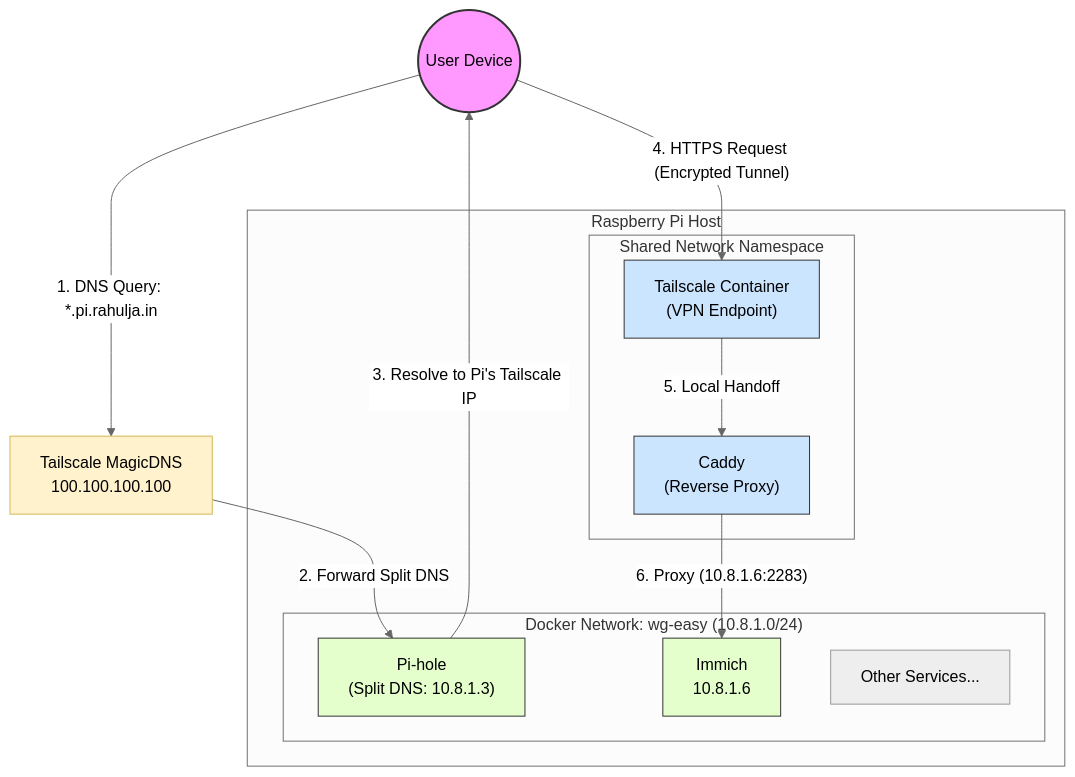
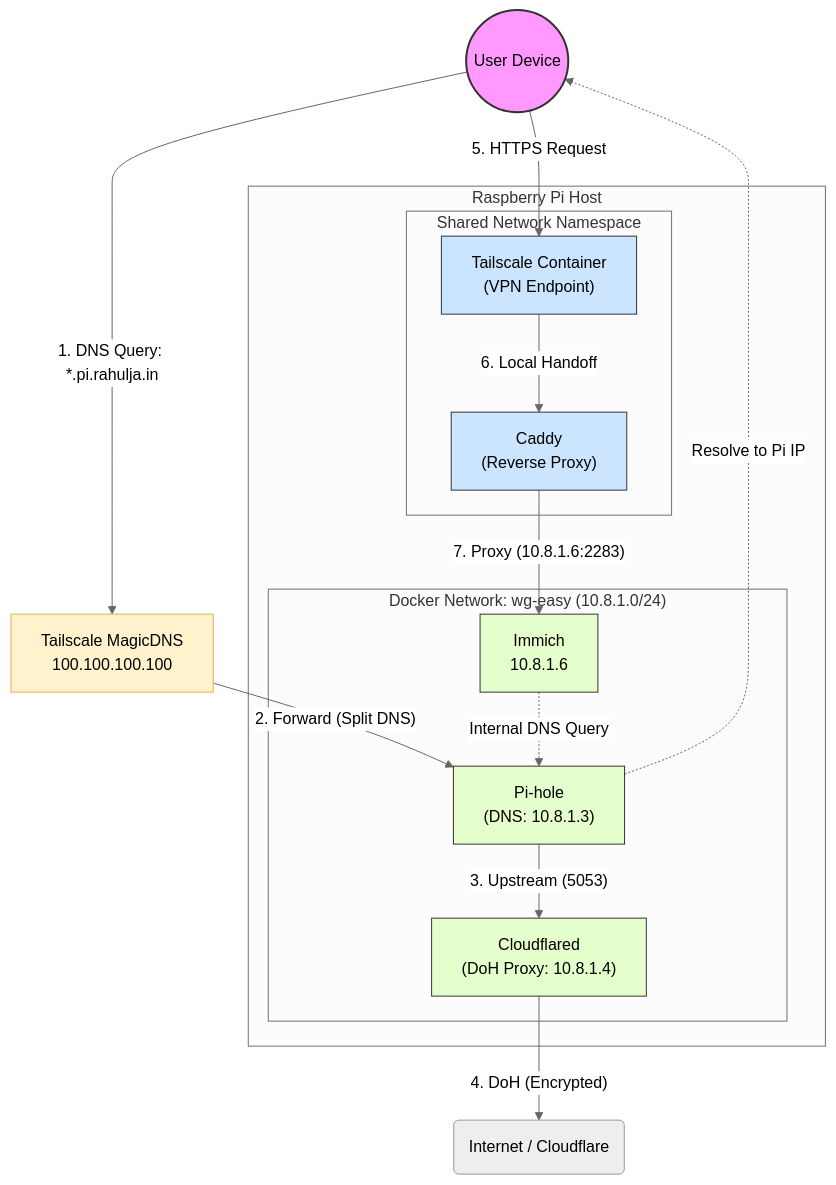
Before and after one commit to xRahul/Pi-setup: the diagram in README.md, drawn with Mermaid (neutral theme). The commit also changed other lines of this file, not shown here.

Commit message:
docs: expand arch diagram with full DNS chain (pihole->cloudflared->doh)

````diff
--- a/README.md
+++ b/README.md
@@ -19,32 +19,42 @@
 ```mermaid
 graph TD
     user((User Device))
+    internet(Internet / Cloudflare)
     ts_dns[Tailscale MagicDNS<br/>100.100.100.100]
 
     subgraph "Raspberry Pi Host"
         subgraph "Shared Network Namespace"
             ts["Tailscale Container<br/>(VPN Endpoint)"]
             caddy["Caddy<br/>(Reverse Proxy)"]
         end
 
         subgraph "Docker Network: wg-easy (10.8.1.0/24)"
-            pihole["Pi-hole<br/>(Split DNS: 10.8.1.3)"]
+            pihole["Pi-hole<br/>(DNS: 10.8.1.3)"]
+            cloudflared["Cloudflared<br/>(DoH Proxy: 10.8.1.4)"]
             immich[Immich<br/>10.8.1.6]
-            other[Other Services...]
         end
     end
 
+    %% Flow 1: User DNS Resolution (Split DNS)
     user -- "1. DNS Query: *.pi.rahulja.in" --> ts_dns
-    ts_dns -- "2. Forward Split DNS" --> pihole
-    pihole -- "3. Resolve to Pi's Tailscale IP" --> user
-    user -- "4. HTTPS Request (Encrypted Tunnel)" --> ts
-    ts -- "5. Local Handoff" --> caddy
-    caddy -- "6. Proxy (10.8.1.6:2283)" --> immich
+    ts_dns -- "2. Forward (Split DNS)" --> pihole
+    
+    %% Flow 2: DNS Resolution Chain
+    immich -.->|"Internal DNS Query"| pihole
+    pihole -- "3. Upstream (5053)" --> cloudflared
+    cloudflared -- "4. DoH (Encrypted)" --> internet
+    
+    %% Flow 3: Service Access
+    pihole -.->|"Resolve to Pi IP"| user
+    user -- "5. HTTPS Request" --> ts
+    ts -- "6. Local Handoff" --> caddy
+    caddy -- "7. Proxy (10.8.1.6:2283)" --> immich
 
     style user fill:#f9f,stroke:#333,stroke-width:2px
     style ts_dns fill:#fff2cc,stroke:#d6b656
     style ts fill:#cce5ff,stroke:#333
     style caddy fill:#cce5ff,stroke:#333
     style pihole fill:#e5ffcc,stroke:#333
+    style cloudflared fill:#e5ffcc,stroke:#333
     style immich fill:#e5ffcc,stroke:#333
 ```
````
